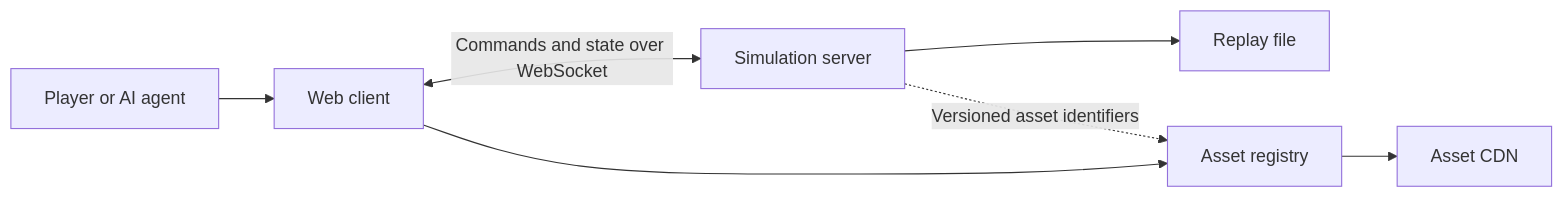
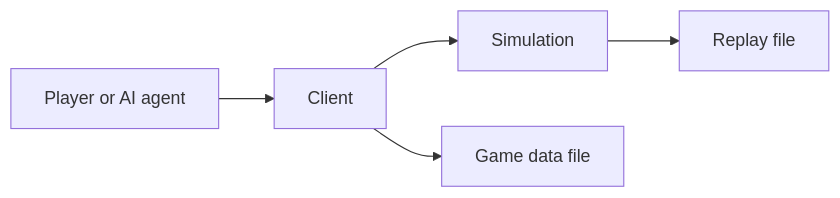
The diagram in readme.md (Metta-AI/polyworld), drawn with Mermaid before and after one commit. The commit also changed other lines of this file, not shown here.

````diff
--- a/readme.md
+++ b/readme.md
@@ -96,9 +95,7 @@
 ```mermaid
 flowchart LR
-  Player["Player or AI agent"] --> Client["Web client"]
-  Client <-->|"Commands and state over WebSocket"| Server["Simulation server"]
-  Server --> Replay["Replay file"]
-  Client --> Registry["Asset registry"]
-  Registry --> CDN["Asset CDN"]
-  Server -.->|"Versioned asset identifiers"| Registry
+  Player["Player or AI agent"] --> Client["Client"]
+  Client --> Sim["Simulation"]
+  Sim --> Replay["Replay file"]
+  Client --> Data["Game data file"]
 ```
````
